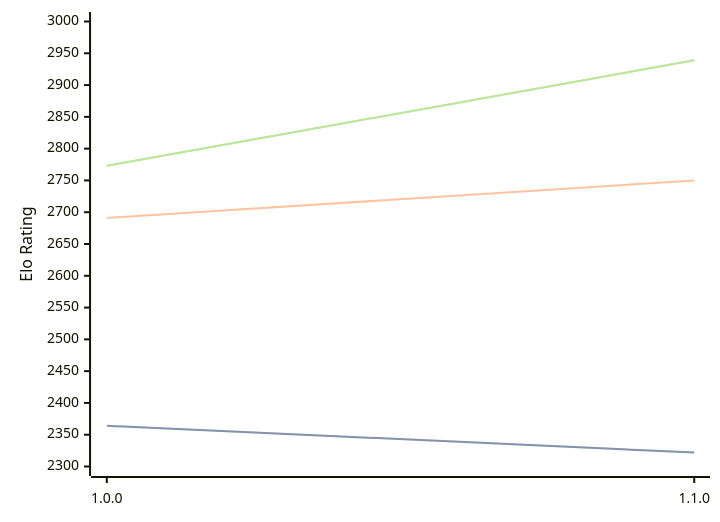
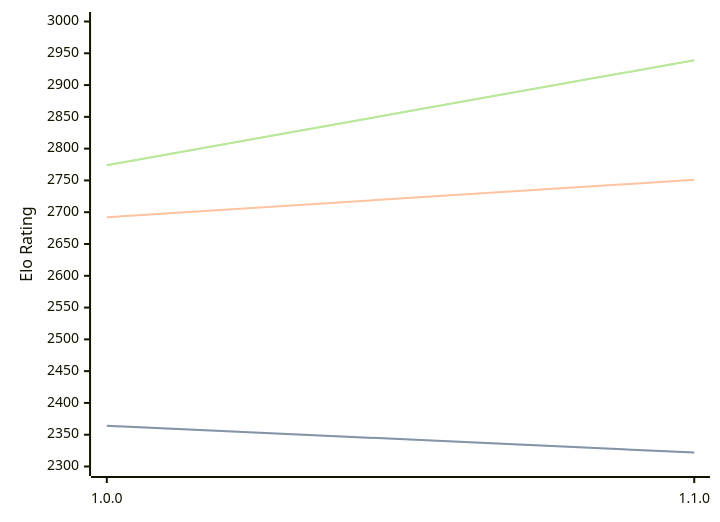
Before and after one commit to computer-chess-index/cci: the diagram in engines/ShallowGuess.md, drawn with Mermaid. The commit also changed other lines of this file, not shown here.

Commit message:
Update CCI Ratings (ELO VLTC) - 2026-04-13

````diff
--- a/engines/ShallowGuess.md
+++ b/engines/ShallowGuess.md
@@ -36,11 +36,11 @@
 ```mermaid
 %%{init: {"theme":"base","themeVariables":{"seriesColors:['#a3a3a3','#222221','#faa371']}}}%%
 xychart-beta
   x-axis ["1.0.0", "1.1.0"]
   y-axis "Elo Rating" 2300 --> 3000
   line "STC (8.0+0.08s)" [2364, 2322]
   line "STC (8.0+0.08s)" [2364, 2322]
-  line "LTC (60.0+0.60s)" [2691, 2750]
-  line "VLTC (2m24s+1.12s)" [2773, 2939]
-  line "VLTC (2m24s+1.12s)" [2773, 2939]
+  line "LTC (60.0+0.60s)" [2692, 2751]
+  line "VLTC (2m24s+1.12s)" [2774, 2939]
+  line "VLTC (2m24s+1.12s)" [2774, 2939]
 ```
````
